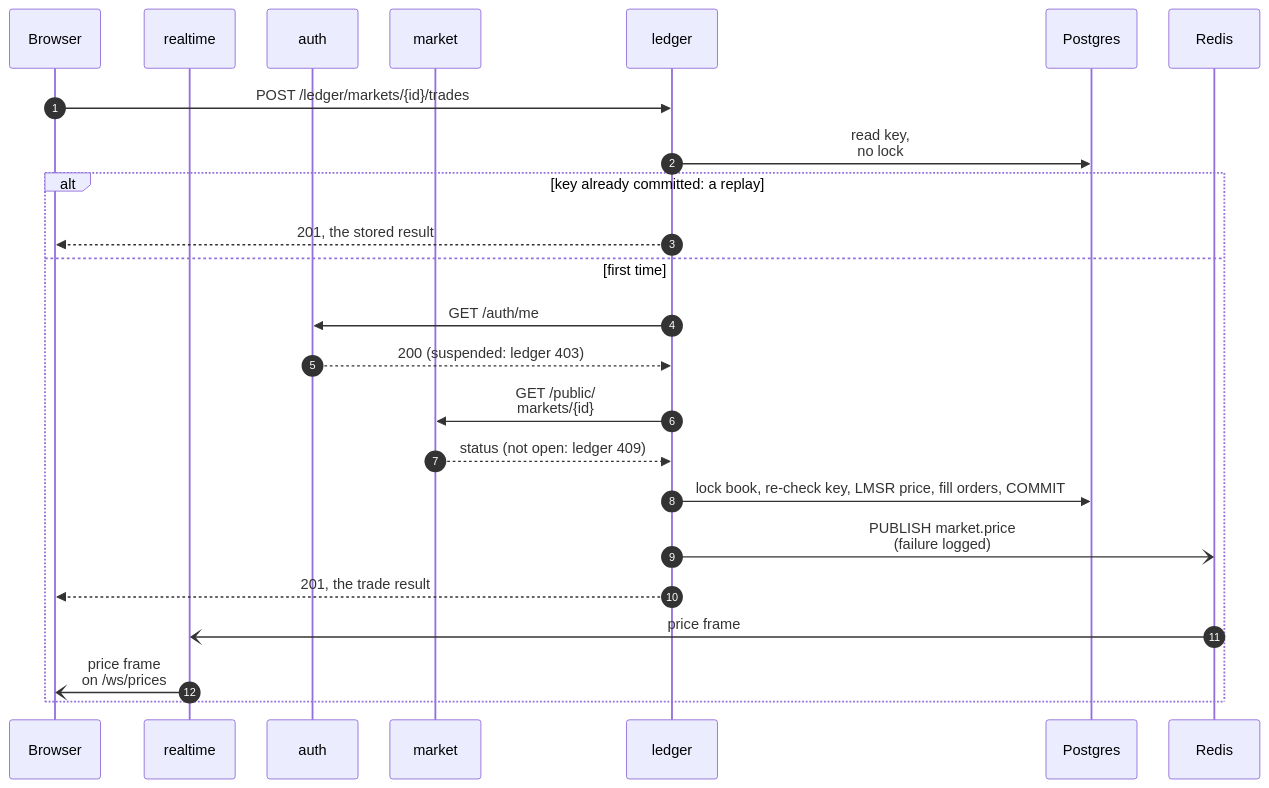
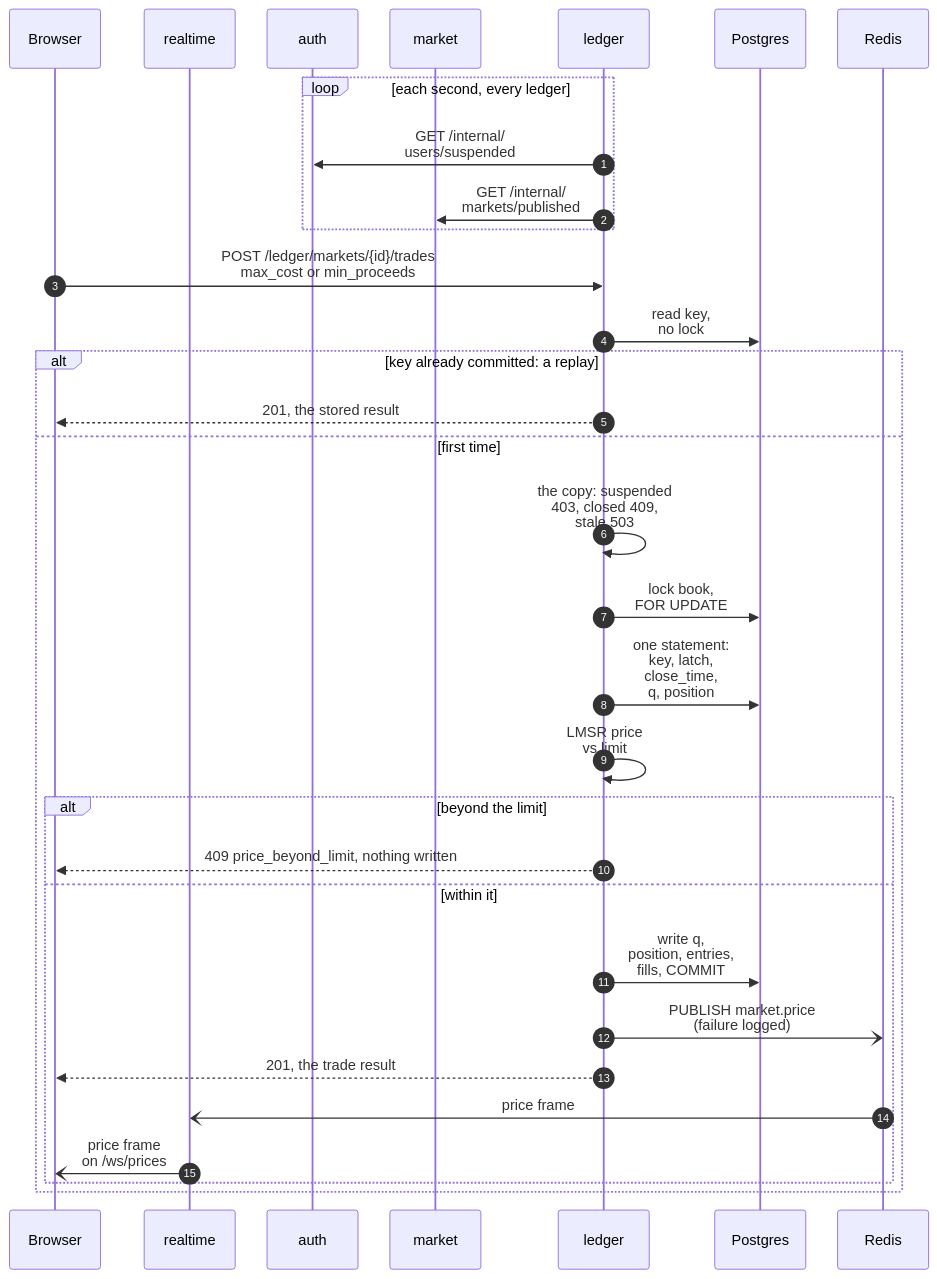
Before and after one commit to decker757/CS464: the diagram in docs/diagrams/06-trade-sequence.mmd, drawn with Mermaid. The commit also changed 1 other file, not shown here.

Commit message:
docs(diagrams): 06 draws the trade after ADR 0029, ADR 0030 and #641
The ledger refreshes its copy of suspended users and published markets
about every second and checks a trade against it in memory: 403, 409, or
503 for a copy older than five seconds (service/local_copy.py,
core/config.py). Then the book lock, one context statement after it
(trading.py read_trade_context), the LMSR price against the body's
max_cost or min_proceeds (core/pricing.py refuse_if_beyond_limit), and
409 price_beyond_limit with nothing written, or the writes and the commit.
The caption in architecture.md says the same.

```diff
--- a/docs/diagrams/06-trade-sequence.mmd
+++ b/docs/diagrams/06-trade-sequence.mmd
@@ -1,35 +1,57 @@
 %% 06 — A trade, end to end
-%% Drawn from: ADR 0009, ADR 0010, ADR 0015, ADR 0017, ADR 0022, D-049,
+%% Drawn from: ADR 0009, ADR 0010, ADR 0015, ADR 0017 and ADR 0022 (both as
+%%   amended by ADR 0030), ADR 0024, ADR 0029, ADR 0030, D-049,
 %%   DECISIONS.md "One price frame per commit, at the final state_version",
-%%   backend/ledger_service/service/trading.py (execute),
-%%   backend/ledger_service/service/account_status.py, market_status.py,
-%%   backend/ledger_service/core/errors.py (AccountSuspended, MarketClosed),
-%%   backend/ledger_service/controller/routes.py (POST /markets/{id}/trades),
+%%   backend/ledger_service/service/trading.py (execute, read_trade_context),
+%%   backend/ledger_service/service/local_copy.py (refuse_if_suspended,
+%%   ensure_trading, fetch_suspended, fetch_published_markets),
+%%   backend/ledger_service/main.py (_start_copy_refreshers),
+%%   backend/ledger_service/core/config.py (local_copy_refresh_seconds 1.0,
+%%   local_copy_max_age_seconds 5.0),
+%%   backend/ledger_service/core/pricing.py (trade_cost_of, refuse_if_beyond_limit),
+%%   backend/ledger_service/core/errors.py (AccountSuspended, MarketClosed,
+%%   AuthUnavailable, MarketTermsUnavailable, PriceBeyondLimit),
+%%   backend/ledger_service/model/schemas.py (TradeIn: max_cost, min_proceeds),
+%%   backend/ledger_service/controller/routes.py (POST /markets/{id}/trades, 201),
 %%   backend/ledger_service/service/bus.py, backend/realtime_service/service/bus.py
 %% Filled arrowheads: synchronous calls. Open arrowheads (-)): async pub/sub.
+%% "stale" is a copy older than local_copy_max_age_seconds, five seconds:
+%% 503 auth_unavailable or market_terms_unavailable. Closed is 409 market_closed.
+%% Left out to keep one path: a body with no limit is decided by state_version
+%% (409 quote_stale), a book's first trade opens and funds it and a trader's first
+%% read mints the grant, both before the lock, and the latch and close_time
+%% refusals that the context statement decides (409 market_closed).
 %%{init: {"sequence": {"width": 100, "actorMargin": 35}, "themeCSS": ".actor-line { stroke: #C3CBD5 !important; stroke-dasharray: 3 3; }"}}%%
 sequenceDiagram
     autonumber
     participant B as Browser
     participant RT as realtime
     participant A as auth
     participant M as market
     participant L as ledger
     participant DB as Postgres
     participant R as Redis
 
-    B->>L: POST /ledger/markets/{id}/trades
+    loop each second, every ledger
+        L->>A: GET /internal/<br/>users/suspended
+        L->>M: GET /internal/<br/>markets/published
+    end
+    B->>L: POST /ledger/markets/{id}/trades<br/>max_cost or min_proceeds
     L->>DB: read key,<br/>no lock
     alt key already committed: a replay
         L-->>B: 201, the stored result
     else first time
-        L->>A: GET /auth/me
-        A-->>L: 200 (suspended: ledger 403)
-        L->>M: GET /public/<br/>markets/{id}
-        M-->>L: status (not open: ledger 409)
-        L->>DB: lock book, re-check key, LMSR price, fill orders, COMMIT
-        L-)R: PUBLISH market.price<br/>(failure logged)
-        L-->>B: 201, the trade result
-        R-)RT: price frame
-        RT-)B: price frame<br/>on /ws/prices
+        L->>L: the copy: suspended<br/>403, closed 409,<br/>stale 503
+        L->>DB: lock book,<br/>FOR UPDATE
+        L->>DB: one statement:<br/>key, latch,<br/>close_time,<br/>q, position
+        L->>L: LMSR price<br/>vs limit
+        alt beyond the limit
+            L-->>B: 409 price_beyond_limit, nothing written
+        else within it
+            L->>DB: write q,<br/>position, entries,<br/>fills, COMMIT
+            L-)R: PUBLISH market.price<br/>(failure logged)
+            L-->>B: 201, the trade result
+            R-)RT: price frame
+            RT-)B: price frame<br/>on /ws/prices
+        end
     end
```
